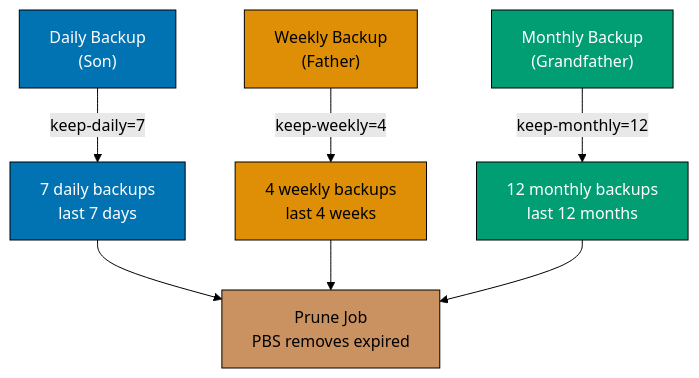
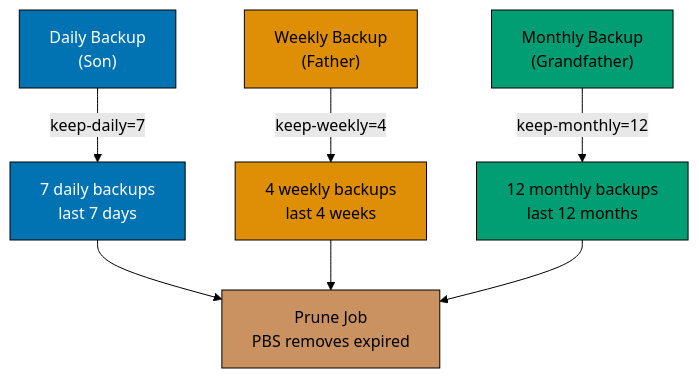
Diagram 11 of 12 in apps/ayokoding-www/content/en/learn/legacy/software-engineering/infrastructure/tools/proxmox/by-example/advanced.md (wahidyankf/ose-public), drawn with Mermaid (forest theme) before and after one commit. The commit also changed other lines of this file and 131 other files, not shown here.

First line of the commit message:
fix(mermaid): bring the legacy data, infrastructure, and testing diagrams onto the accessible palette

````diff
--- a/apps/ayokoding-www/content/en/learn/legacy/software-engineering/infrastructure/tools/proxmox/by-example/advanced.md
+++ b/apps/ayokoding-www/content/en/learn/legacy/software-engineering/infrastructure/tools/proxmox/by-example/advanced.md
@@ -2117,18 +2188,25 @@
 ```mermaid
 %% Color Palette: Blue #0173B2, Orange #DE8F05, Teal #029E73, Purple #CC78BC, Brown #CA9161
 graph TD
+    accTitle: Example 83: Implement Full Backup Rotation Strategy with PBS
+    accDescr: Graph with 7 nodes and 6 connections. Nodes: Daily Backup (Son), 7 daily backups last 7 days, Weekly Backup (Father), 4 weekly backups last 4 weeks, Monthly Backup (Grandfather), 12 monthly backups last 12 months, Prune Job PBS removes expired. Connections: Daily Backup (Son) to 7 daily backups last 7 days (keep-daily=7), Weekly Backup (Father) to 4 weekly backups last 4 weeks (keep-weekly=4), Monthly Backup (Grandfather) to 12 monthly backups last 12 months (keep-monthly=12), 7 daily backups last 7 days to Prune Job PBS removes expired, 4 weekly backups last 4 weeks to Prune Job PBS removes expired, 12 monthly backups last 12 months to Prune Job PBS removes expired.
     A["Daily Backup<br/>(Son)"] -->|"keep-daily=7"| B["7 daily backups<br/>last 7 days"]
     C["Weekly Backup<br/>(Father)"] -->|"keep-weekly=4"| D["4 weekly backups<br/>last 4 weeks"]
     E["Monthly Backup<br/>(Grandfather)"] -->|"keep-monthly=12"| F["12 monthly backups<br/>last 12 months"]
     B --> G["Prune Job<br/>PBS removes expired"]
     D --> G
     F --> G
 
-    style A fill:#0173B2,color:#fff,stroke:#000
-    style B fill:#0173B2,color:#fff,stroke:#000
-    style C fill:#DE8F05,color:#000,stroke:#000
-    style D fill:#DE8F05,color:#000,stroke:#000
-    style E fill:#029E73,color:#fff,stroke:#000
-    style F fill:#029E73,color:#fff,stroke:#000
-    style G fill:#CA9161,color:#000,stroke:#000
+    classDef pal-0173B2 fill:#0173B2,stroke:#000000,color:#FFFFFF
+    class A pal-0173B2
+    class B pal-0173B2
+    classDef pal-DE8F05 fill:#DE8F05,stroke:#000000,color:#000000
+    class C pal-DE8F05
+    class D pal-DE8F05
+    classDef pal-029E73 fill:#029E73,stroke:#000000,color:#000000
+    class E pal-029E73
+    class F pal-029E73
+    classDef pal-CA9161 fill:#CA9161,stroke:#000000,color:#000000
+    class G pal-CA9161
+    classDef default fill:#FFFFFF,stroke:#000000,color:#000000
 ```
````
